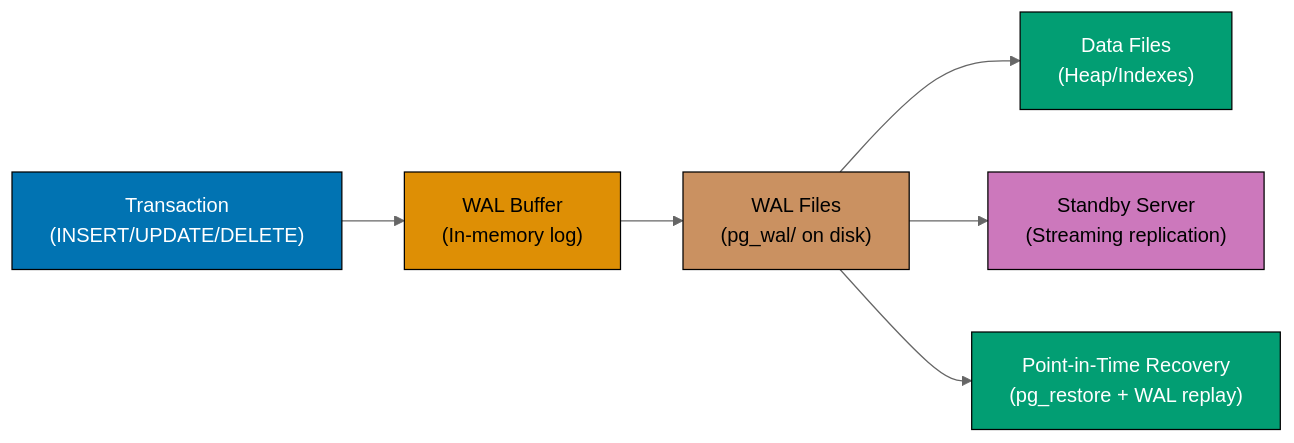
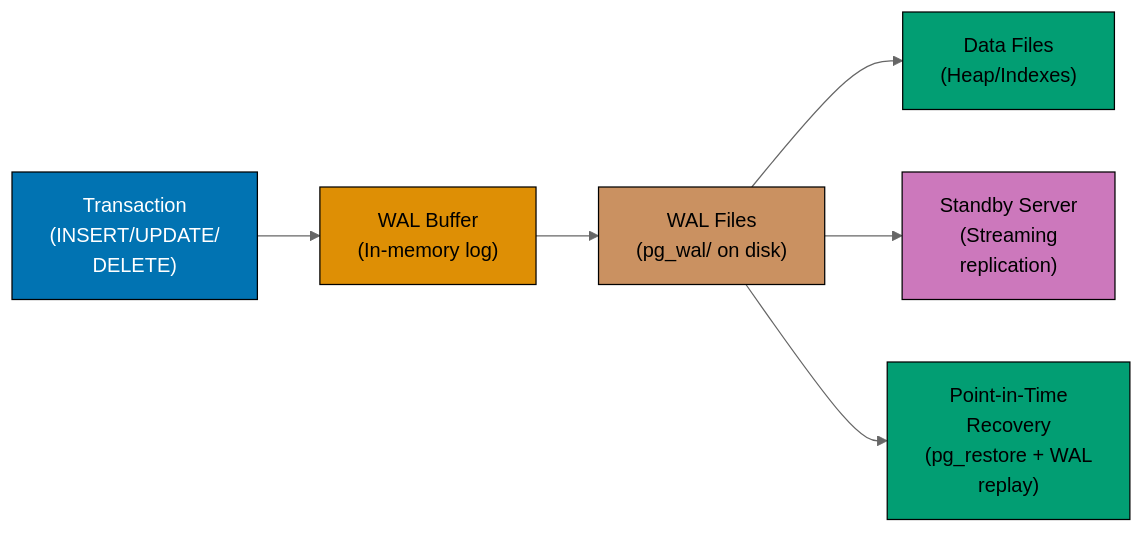
Before and after one commit to wahidyankf/ose-public: the tenth of 10 diagrams in apps/ayokoding-www/content/en/learn/legacy/software-engineering/data/databases/postgresql/by-example/advanced.md, drawn with Mermaid (neutral theme). The commit also changed other lines of this file and 131 other files, not shown here.

First line of the commit message:
fix(mermaid): bring the legacy data, infrastructure, and testing diagrams onto the accessible palette

````diff
--- a/apps/ayokoding-www/content/en/learn/legacy/software-engineering/data/databases/postgresql/by-example/advanced.md
+++ b/apps/ayokoding-www/content/en/learn/legacy/software-engineering/data/databases/postgresql/by-example/advanced.md
@@ -4668,23 +4736,31 @@
 ```mermaid
 %% Color Palette: Blue #0173B2, Orange #DE8F05, Teal #029E73, Purple #CC78BC, Brown #CA9161
 graph LR
-    A["Transaction<br/>(INSERT/UPDATE/DELETE)"]
+    accTitle: Example 83: Write-Ahead Logging
+    accDescr: Graph with 6 nodes and 5 connections. Nodes: Transaction (INSERT/UPDATE/ DELETE), WAL Buffer (In-memory log), WAL Files (pg_wal/ on disk), Data Files (Heap/Indexes), Standby Server (Streaming replication), Point-in-Time Recovery (pg_restore + WAL replay). Connections: Transaction (INSERT/UPDATE/ DELETE) to WAL Buffer (In-memory log), WAL Buffer (In-memory log) to WAL Files (pg_wal/ on disk), WAL Files (pg_wal/ on disk) to Data Files (Heap/Indexes), WAL Files (pg_wal/ on disk) to Standby Server (Streaming replication), WAL Files (pg_wal/ on disk) to Point-in-Time Recovery (pg_restore + WAL replay).
+    A["Transaction<br/>(INSERT/UPDATE/<br/>DELETE)"]
     B["WAL Buffer<br/>(In-memory log)"]
     C["WAL Files<br/>(pg_wal/ on disk)"]
     D["Data Files<br/>(Heap/Indexes)"]
-    E["Standby Server<br/>(Streaming replication)"]
-    F["Point-in-Time Recovery<br/>(pg_restore + WAL replay)"]
+    E["Standby Server<br/>(Streaming<br/>replication)"]
+    F["Point-in-Time<br/>Recovery<br/>(pg_restore + WAL<br/>replay)"]
 
     A --> B
     B --> C
     C --> D
     C --> E
     C --> F
 
-    style A fill:#0173B2,stroke:#000,color:#fff
-    style B fill:#DE8F05,stroke:#000,color:#000
-    style C fill:#CA9161,stroke:#000,color:#000
-    style D fill:#029E73,stroke:#000,color:#fff
-    style E fill:#CC78BC,stroke:#000,color:#000
-    style F fill:#029E73,stroke:#000,color:#fff
+    classDef pal-0173B2 fill:#0173B2,stroke:#000000,color:#FFFFFF
+    class A pal-0173B2
+    classDef pal-DE8F05 fill:#DE8F05,stroke:#000000,color:#000000
+    class B pal-DE8F05
+    classDef pal-CA9161 fill:#CA9161,stroke:#000000,color:#000000
+    class C pal-CA9161
+    classDef pal-029E73 fill:#029E73,stroke:#000000,color:#000000
+    class D pal-029E73
+    classDef pal-CC78BC fill:#CC78BC,stroke:#000000,color:#000000
+    class E pal-CC78BC
+    class F pal-029E73
+    classDef default fill:#FFFFFF,stroke:#000000,color:#000000
 ```
````
